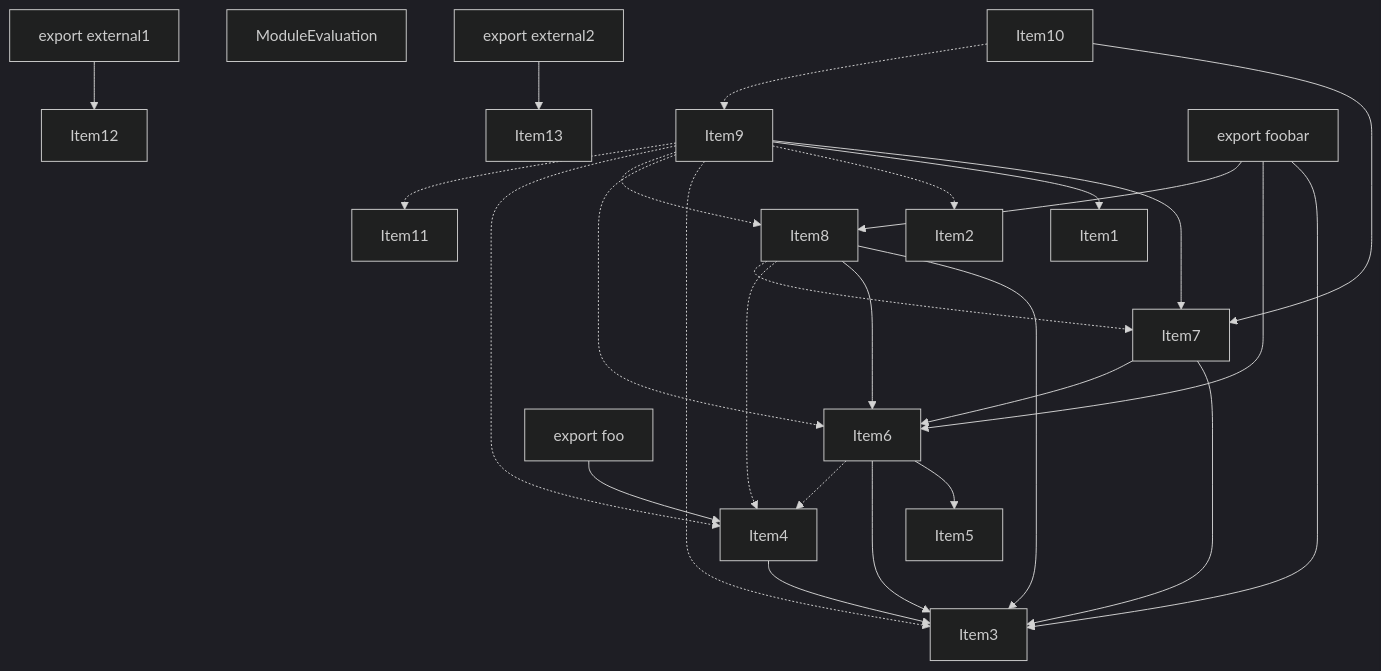
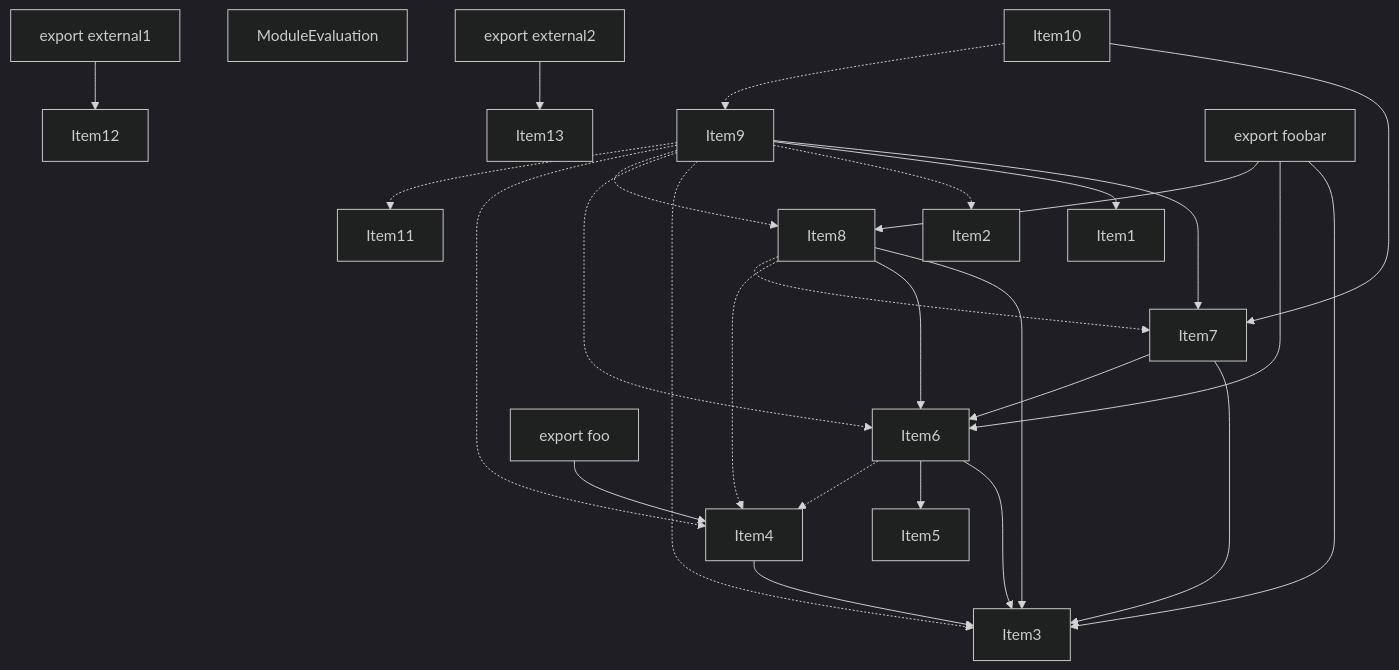
One commit to vercel/turborepo changed the second of 5 diagrams in crates/turbopack-ecmascript/tests/tree-shaker/analyzer/1/output.md. Above: the diagram before and after it, drawn with Mermaid (dark theme). The commit also changed other lines of this file and 3 other files, not shown here.

````diff
--- a/crates/turbopack-ecmascript/tests/tree-shaker/analyzer/1/output.md
+++ b/crates/turbopack-ecmascript/tests/tree-shaker/analyzer/1/output.md
@@ -177,52 +178,52 @@
 ```mermaid
 graph TD
     Item1;
     Item2;
     Item3;
     Item4;
     Item5;
     Item6;
     Item7;
     Item8;
     Item9;
     Item10;
     Item11;
     Item12;
     Item13;
     Item14;
     Item14["ModuleEvaluation"];
     Item15;
     Item15["export foobar"];
     Item16;
     Item16["export foo"];
     Item17;
     Item17["export external1"];
     Item18;
     Item18["export external2"];
     Item4 --> Item3;
+    Item6 --> Item3;
     Item6 --> Item5;
-    Item6 --> Item3;
     Item6 -.-> Item4;
     Item7 --> Item3;
     Item7 --> Item6;
     Item8 --> Item3;
     Item8 --> Item6;
     Item8 -.-> Item4;
     Item8 -.-> Item7;
     Item9 --> Item7;
     Item9 --> Item1;
     Item9 -.-> Item2;
     Item9 -.-> Item3;
     Item9 -.-> Item6;
     Item9 -.-> Item8;
     Item9 -.-> Item4;
     Item9 -.-> Item11;
     Item10 --> Item7;
     Item10 -.-> Item9;
     Item15 --> Item3;
     Item15 --> Item6;
     Item15 --> Item8;
     Item16 --> Item4;
     Item17 --> Item12;
     Item18 --> Item13;
 ```
````
